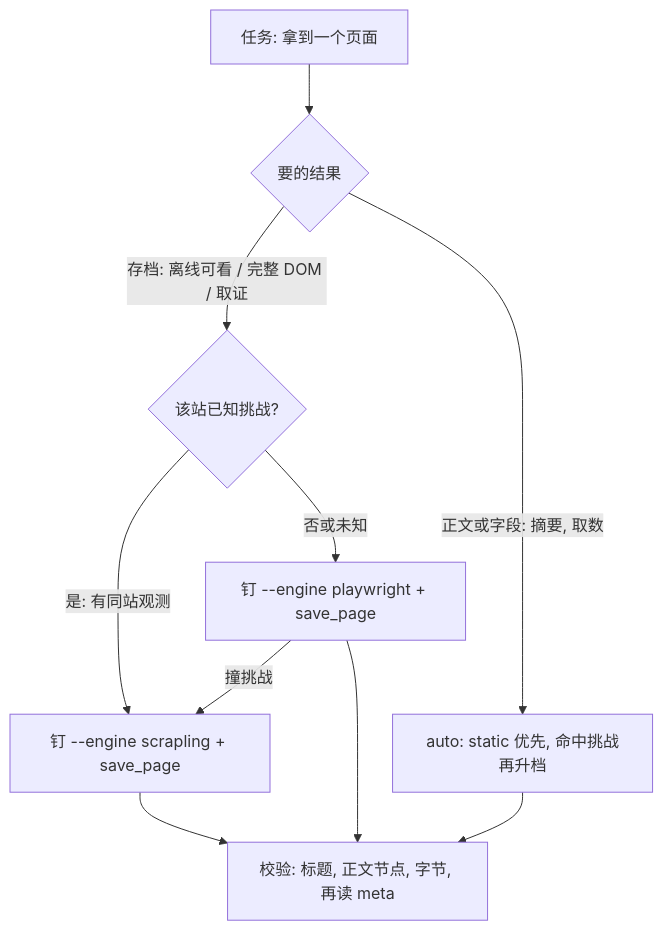
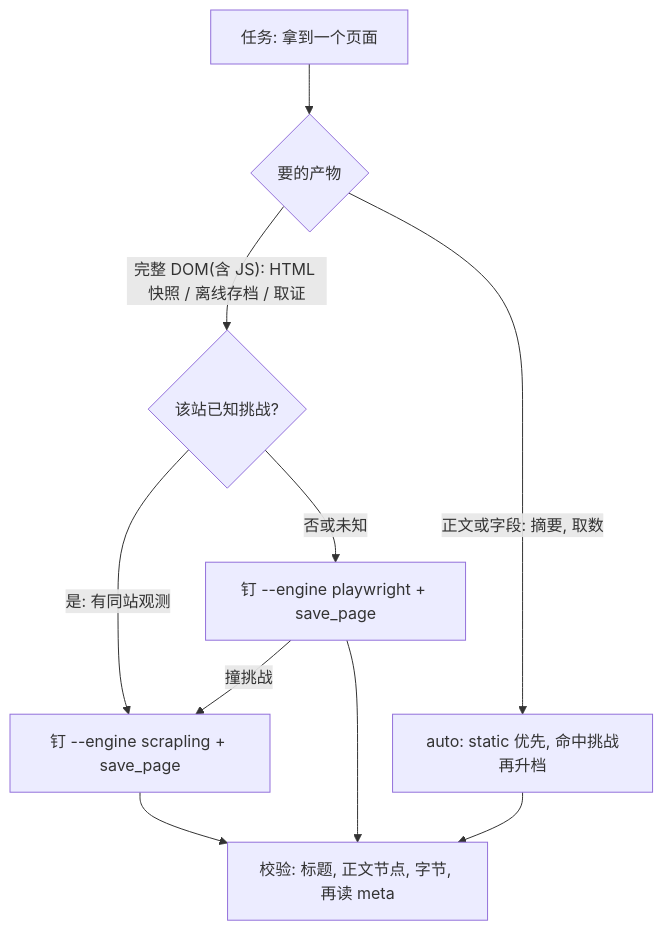
Before and after one commit to xuchaoxin1375/skills-for-developer: the first of 2 diagrams in skills/resilient-browser-fetch/SKILL.md, drawn with Mermaid. The commit also changed other lines of this file and 4 other files, not shown here.

````diff
--- a/skills/resilient-browser-fetch/SKILL.md
+++ b/skills/resilient-browser-fetch/SKILL.md
@@ -32,12 +54,12 @@
 ```mermaid
 flowchart TD
-    A["任务: 拿到一个页面"] --> B{"要的结果"}
-    B -->|"存档: 离线可看 / 完整 DOM / 取证"| C{"该站已知挑战?"}
+    A["任务: 拿到一个页面"] --> B{"要的产物"}
+    B -->|"完整 DOM(含 JS): HTML 快照 / 离线存档 / 取证"| C{"该站已知挑战?"}
     B -->|"正文或字段: 摘要, 取数"| D["auto: static 优先, 命中挑战再升档"]
     C -->|"是: 有同站观测"| E["钉 --engine scrapling + save_page"]
     C -->|"否或未知"| F["钉 --engine playwright + save_page"]
     F -->|"撞挑战"| E
     E --> G["校验: 标题, 正文节点, 字节, 再读 meta"]
     F --> G
     D --> G
 ```
````
